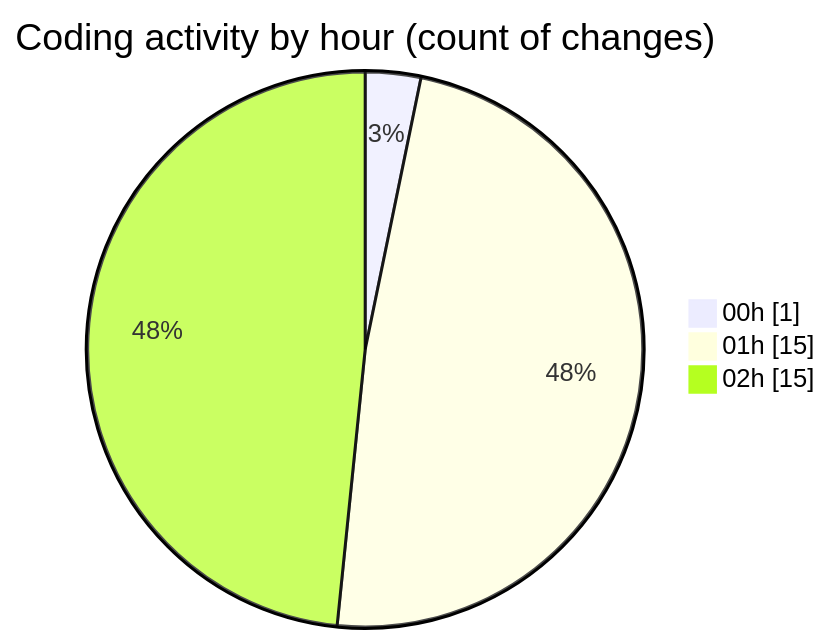
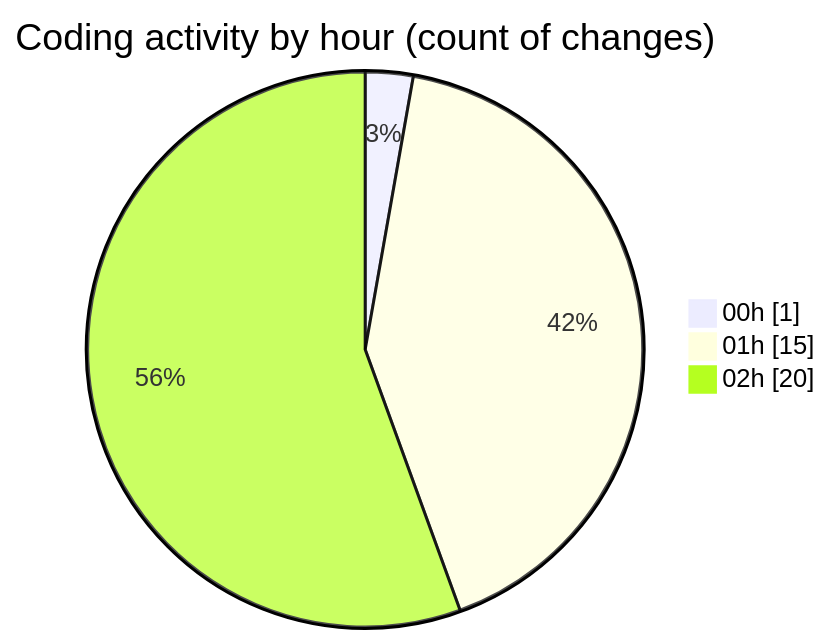
One commit to Elitesun/code-tracking changed the second of 2 diagrams in 2025-05-01/niten/README.md. Above: the diagram before and after it, drawn with Mermaid. The commit also changed other lines of this file and 1 other file, not shown here.

````diff
--- a/2025-05-01/niten/README.md
+++ b/2025-05-01/niten/README.md
@@ -39,7 +41,7 @@
 ```mermaid
 pie showData
 title Coding activity by hour (count of changes)
 "00h" : 1
 "01h" : 15
-"02h" : 15
+"02h" : 20
 ```
````
